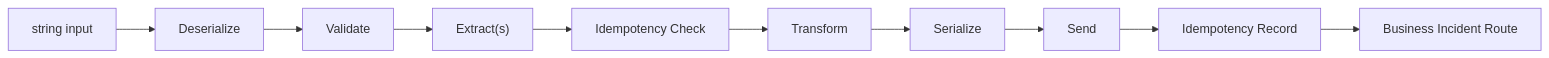
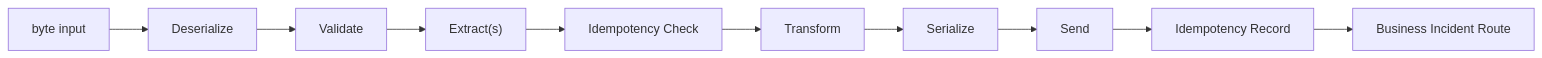
The diagram in docs/blocks/extractor.md (integrio-intropy/intropy-framework), drawn with Mermaid before and after one commit. The commit also changed other lines of this file and 16 other files, not shown here.

````diff
--- a/docs/blocks/extractor.md
+++ b/docs/blocks/extractor.md
@@ -7,12 +7,12 @@
 ```mermaid
 graph LR
-    A[string input] --> B[Deserialize]
+    A[byte input] --> B[Deserialize]
     B --> C[Validate]
     C --> D["Extract(s)"]
     D --> E[Idempotency Check]
     E --> F[Transform]
     F --> G[Serialize]
     G --> H[Send]
     H --> I[Idempotency Record]
     I --> J[Business Incident Route]
 ```
````
